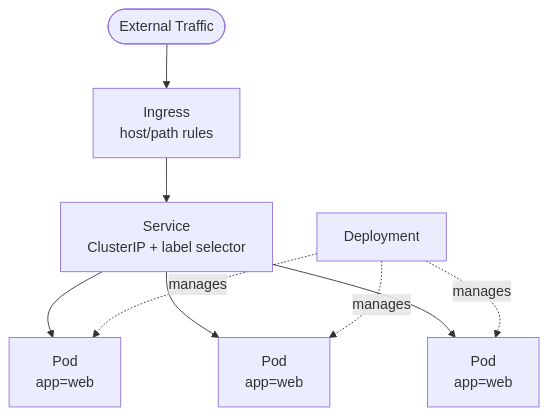
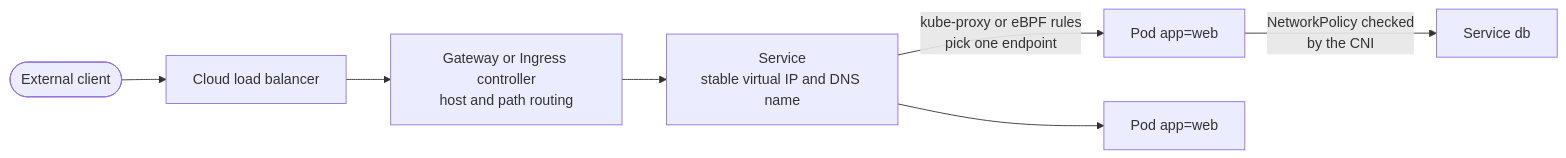
Before and after one commit to AndrewAltimit/Documentation: the first of 5 diagrams in github-pages/docs/technology/kubernetes/fundamentals-networking.md, drawn with Mermaid. The commit also changed other lines of this file and 240 other files, not shown here.

````diff
--- a/github-pages/docs/technology/kubernetes/fundamentals-networking.md
+++ b/github-pages/docs/technology/kubernetes/fundamentals-networking.md
@@ -29,11 +36,9 @@
 ```mermaid
-flowchart TB
-    Ext([External Traffic]) --> Ing[Ingress<br/>host/path rules]
-    Ing --> Svc[Service<br/>ClusterIP + label selector]
-    Svc --> P1[Pod<br/>app=web]
-    Svc --> P2[Pod<br/>app=web]
-    Svc --> P3[Pod<br/>app=web]
-    Deploy[Deployment] -. manages .-> P1
-    Deploy -. manages .-> P2
-    Deploy -. manages .-> P3
+flowchart LR
+    Client([External client]) --> LB["Cloud load balancer"]
+    LB --> GW["Gateway or Ingress controller<br/>host and path routing"]
+    GW --> SVC["Service<br/>stable virtual IP and DNS name"]
+    SVC -->|"kube-proxy or eBPF rules<br/>pick one endpoint"| P1["Pod app=web"]
+    SVC --> P2["Pod app=web"]
+    P1 -->|"NetworkPolicy checked<br/>by the CNI"| DB["Service db"]
 ```
````
